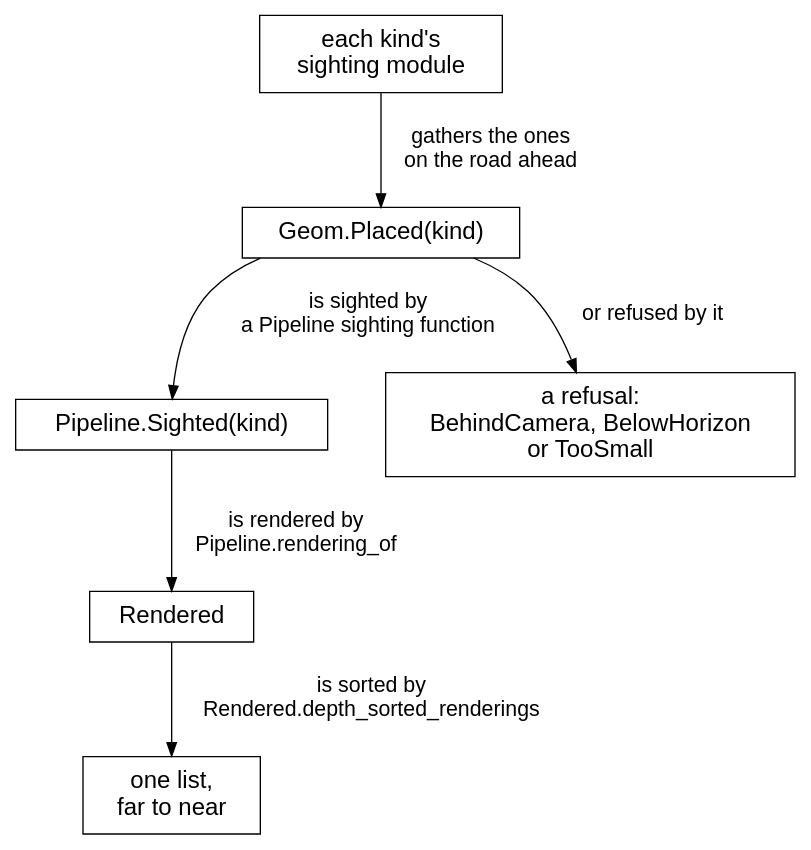
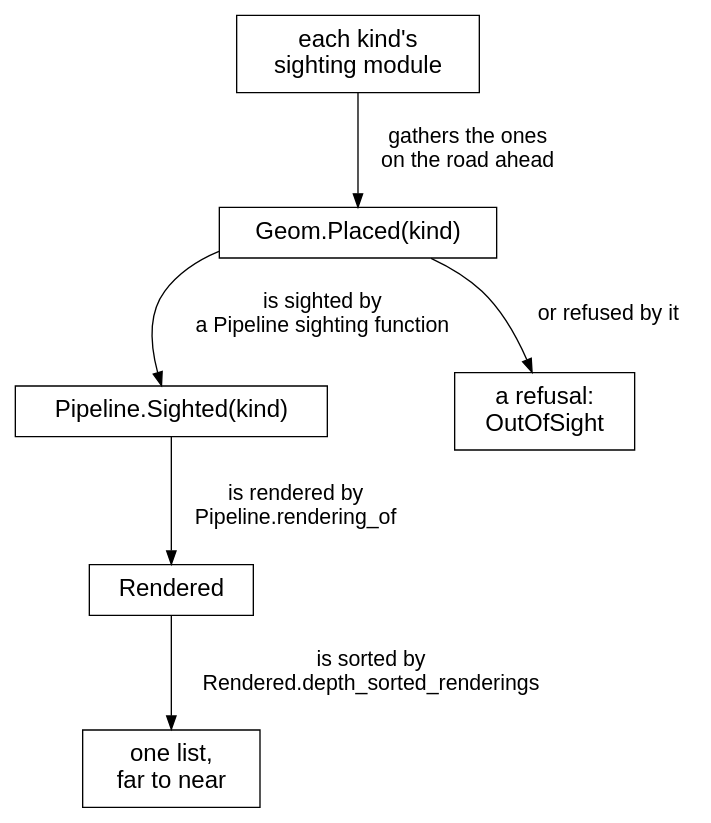
One commit to showell/roc-apps changed the third of 31 diagrams in canvas_apps/safari/tutorial/tutorial.md. Above: the diagram before and after it, drawn with Graphviz. The commit also changed other lines of this file, not shown here.

First line of the commit message:
Refused: a clean draft around the one OutOfSight tag

````diff
--- a/canvas_apps/safari/tutorial/tutorial.md
+++ b/canvas_apps/safari/tutorial/tutorial.md
@@ -592,20 +592,20 @@
 ```dot
 digraph pipeline {
   rankdir=TB;
   nodesep=0.6;
   ranksep=0.7;
   node [shape=box, fontname="Helvetica", fontsize=18, margin="0.25,0.12"];
   edge [fontname="Helvetica", fontsize=16];
   finder [label="each kind's\nsighting module"];
   placed [label="Geom.Placed(kind)"];
   sighted [label="Pipeline.Sighted(kind)"];
-  refused [label="a refusal:\nBehindCamera, BelowHorizon\nor TooSmall"];
+  refused [label="a refusal:\nOutOfSight"];
   rendered [label="Rendered"];
   list [label="one list,\nfar to near"];
   finder -> placed [label="  gathers the ones\n  on the road ahead"];
   placed -> sighted [label="  is sighted by\n  a Pipeline sighting function"];
   placed -> refused [label="  or refused by it"];
   sighted -> rendered [label="  is rendered by\n  Pipeline.rendering_of"];
   rendered -> list [label="  is sorted by\n  Rendered.depth_sorted_renderings"];
 }
 ```
````
